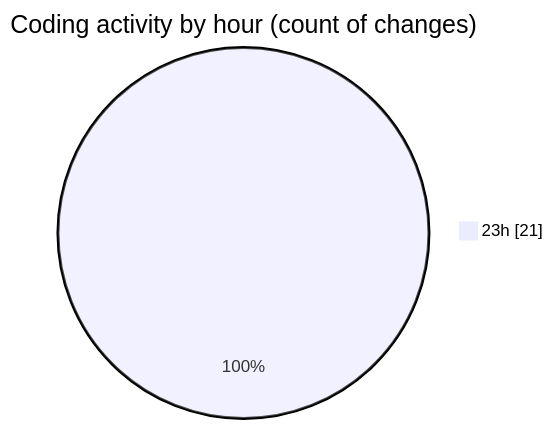
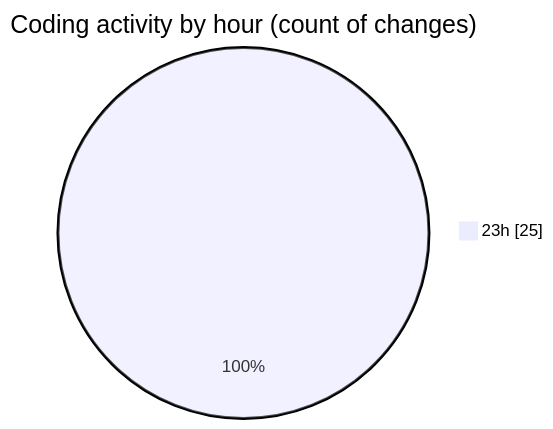
One commit to hasnaa123/code-tracking changed the second of 2 diagrams in 2026-11-02/taskforge/README.md. Above: the diagram before and after it, drawn with Mermaid. The commit also changed other lines of this file and 1 other file, not shown here.

````diff
--- a/2026-11-02/taskforge/README.md
+++ b/2026-11-02/taskforge/README.md
@@ -29,5 +29,5 @@
 ```mermaid
 pie showData
 title Coding activity by hour (count of changes)
-"23h" : 21
+"23h" : 25
 ```
````
